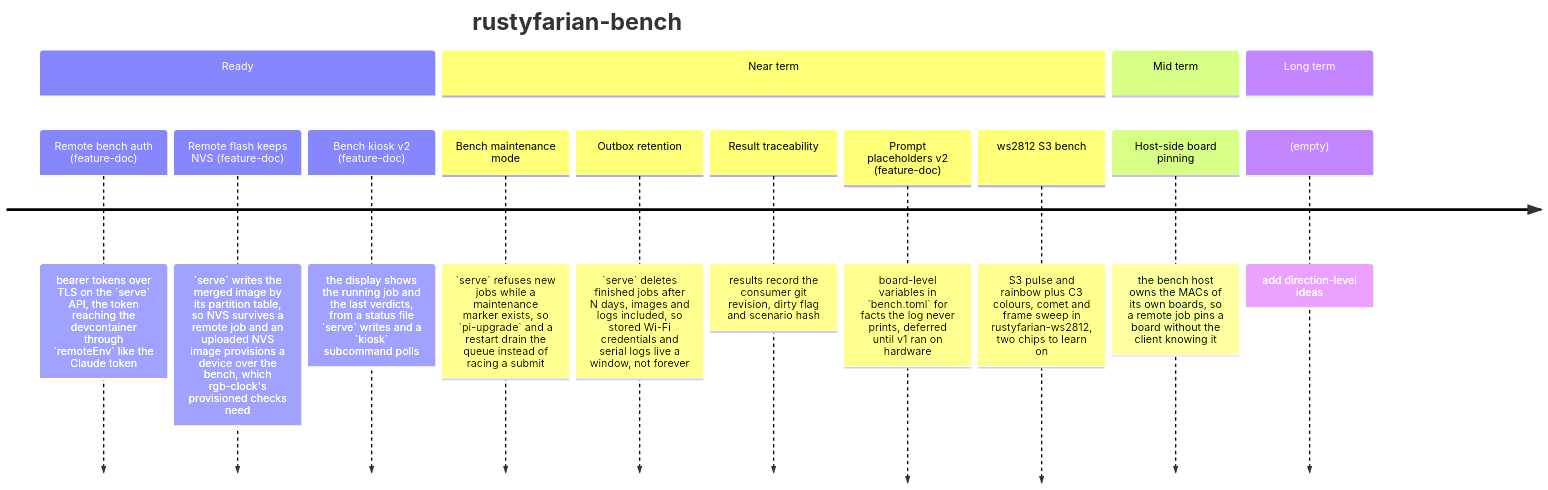
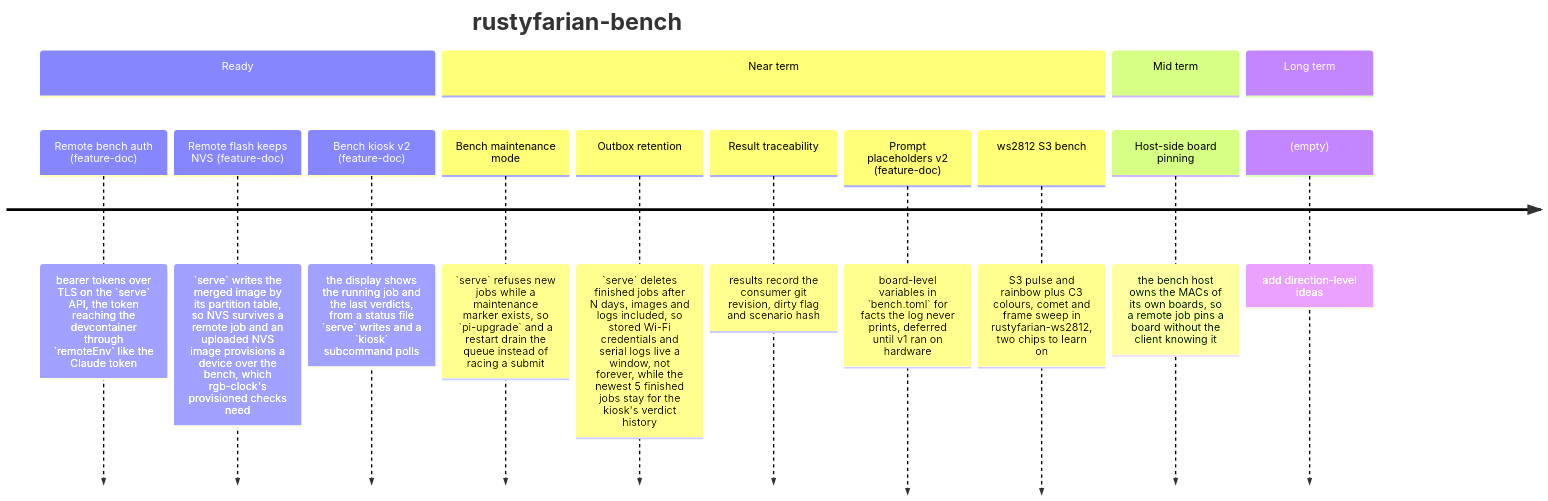
Before and after one commit to datenkollektiv/rustyfarian-bench: the diagram in docs/ROADMAP.md, drawn with Mermaid. The commit also changed 30 other files, not shown here.

````diff
--- a/docs/ROADMAP.md
+++ b/docs/ROADMAP.md
@@ -8,18 +8,18 @@
 ```mermaid
 timeline
     title rustyfarian-bench
     section Ready
         Remote bench auth (feature-doc) : bearer tokens over TLS on the `serve` API, the token reaching the devcontainer through `remoteEnv` like the Claude token
         Remote flash keeps NVS (feature-doc) : `serve` writes the merged image by its partition table, so NVS survives a remote job and an uploaded NVS image provisions a device over the bench, which rgb-clock's provisioned checks need
         Bench kiosk v2 (feature-doc) : the display shows the running job and the last verdicts, from a status file `serve` writes and a `kiosk` subcommand polls
     section Near term
         Bench maintenance mode : `serve` refuses new jobs while a maintenance marker exists, so `pi-upgrade` and a restart drain the queue instead of racing a submit
-        Outbox retention : `serve` deletes finished jobs after N days, images and logs included, so stored Wi-Fi credentials and serial logs live a window, not forever
+        Outbox retention : `serve` deletes finished jobs after N days, images and logs included, so stored Wi-Fi credentials and serial logs live a window, not forever, while the newest 5 finished jobs stay for the kiosk's verdict history
         Result traceability : results record the consumer git revision, dirty flag and scenario hash
         Prompt placeholders v2 (feature-doc) : board-level variables in `bench.toml` for facts the log never prints, deferred until v1 ran on hardware
         ws2812 S3 bench : S3 pulse and rainbow plus C3 colours, comet and frame sweep in rustyfarian-ws2812, two chips to learn on
     section Mid term
         Host-side board pinning : the bench host owns the MACs of its own boards, so a remote job pins a board without the client knowing it
     section Long term
         (empty) : add direction-level ideas
 ```
````
